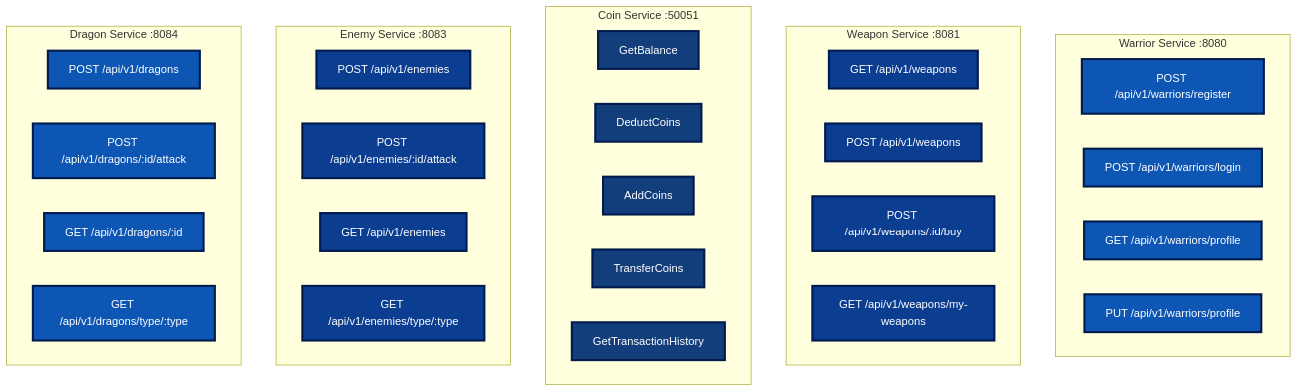
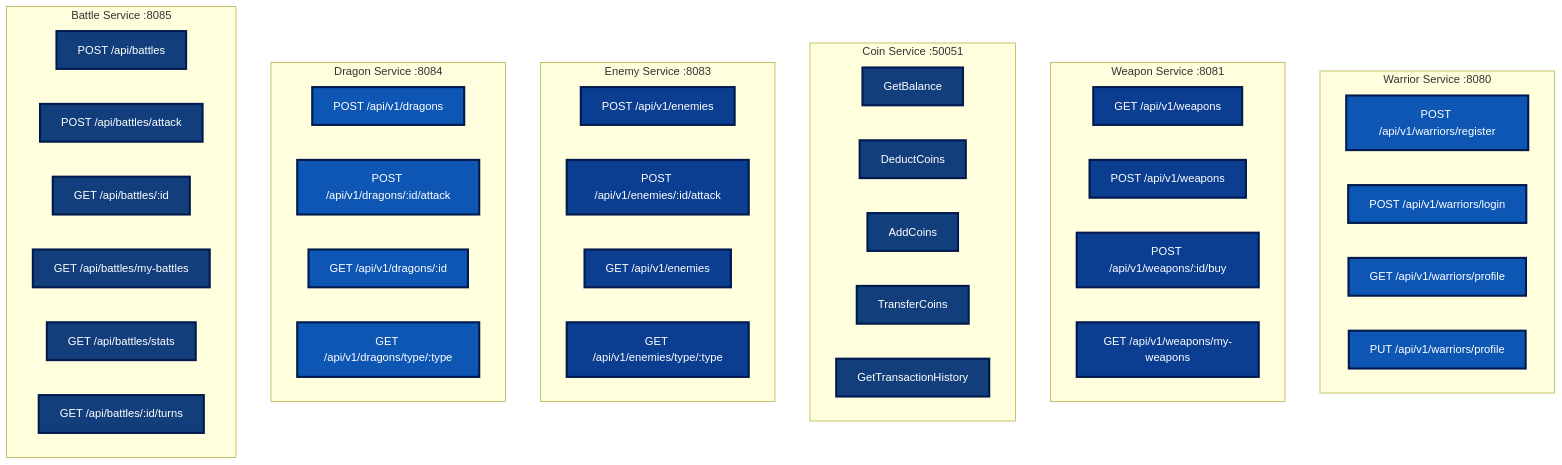
Before and after one commit to tiraten-bot/network-sec-micro: diagram 11 of 12 in README.md, drawn with Mermaid.

Commit message:
Update README to enhance Battle Service section with additional endpoints and styling for improved clarity.

````diff
--- a/README.md
+++ b/README.md
@@ -530,60 +530,75 @@
 ```mermaid
 graph TB
     subgraph "Warrior Service :8080"
         W1[POST /api/v1/warriors/register]
         W2[POST /api/v1/warriors/login]
         W3[GET /api/v1/warriors/profile]
         W4[PUT /api/v1/warriors/profile]
     end
     
     subgraph "Weapon Service :8081"
         WP1[GET /api/v1/weapons]
         WP2[POST /api/v1/weapons]
         WP3[POST /api/v1/weapons/:id/buy]
         WP4[GET /api/v1/weapons/my-weapons]
     end
     
     subgraph "Coin Service :50051"
         C1[GetBalance]
         C2[DeductCoins]
         C3[AddCoins]
         C4[TransferCoins]
         C5[GetTransactionHistory]
     end
     
     subgraph "Enemy Service :8083"
         E1[POST /api/v1/enemies]
         E2[POST /api/v1/enemies/:id/attack]
         E3[GET /api/v1/enemies]
         E4[GET /api/v1/enemies/type/:type]
     end
     
     subgraph "Dragon Service :8084"
         D1[POST /api/v1/dragons]
         D2[POST /api/v1/dragons/:id/attack]
         D3[GET /api/v1/dragons/:id]
         D4[GET /api/v1/dragons/type/:type]
     end
     
+    subgraph "Battle Service :8085"
+        B1[POST /api/battles]
+        B2[POST /api/battles/attack]
+        B3[GET /api/battles/:id]
+        B4[GET /api/battles/my-battles]
+        B5[GET /api/battles/stats]
+        B6[GET /api/battles/:id/turns]
+    end
+    
     style W1 fill:#0d56b3,stroke:#001a4d,stroke-width:3px,color:#ffffff
     style W2 fill:#0d56b3,stroke:#001a4d,stroke-width:3px,color:#ffffff
     style W3 fill:#0d56b3,stroke:#001a4d,stroke-width:3px,color:#ffffff
     style W4 fill:#0d56b3,stroke:#001a4d,stroke-width:3px,color:#ffffff
     style WP1 fill:#0b3d91,stroke:#001a4d,stroke-width:3px,color:#ffffff
     style WP2 fill:#0b3d91,stroke:#001a4d,stroke-width:3px,color:#ffffff
     style WP3 fill:#0b3d91,stroke:#001a4d,stroke-width:3px,color:#ffffff
     style WP4 fill:#0b3d91,stroke:#001a4d,stroke-width:3px,color:#ffffff
     style C1 fill:#133e7c,stroke:#001a4d,stroke-width:3px,color:#ffffff
     style C2 fill:#133e7c,stroke:#001a4d,stroke-width:3px,color:#ffffff
     style C3 fill:#133e7c,stroke:#001a4d,stroke-width:3px,color:#ffffff
     style C4 fill:#133e7c,stroke:#001a4d,stroke-width:3px,color:#ffffff
     style C5 fill:#133e7c,stroke:#001a4d,stroke-width:3px,color:#ffffff
     style E1 fill:#0b3d91,stroke:#001a4d,stroke-width:3px,color:#ffffff
     style E2 fill:#0b3d91,stroke:#001a4d,stroke-width:3px,color:#ffffff
     style E3 fill:#0b3d91,stroke:#001a4d,stroke-width:3px,color:#ffffff
     style E4 fill:#0b3d91,stroke:#001a4d,stroke-width:3px,color:#ffffff
     style D1 fill:#0d56b3,stroke:#001a4d,stroke-width:3px,color:#ffffff
     style D2 fill:#0d56b3,stroke:#001a4d,stroke-width:3px,color:#ffffff
     style D3 fill:#0d56b3,stroke:#001a4d,stroke-width:3px,color:#ffffff
     style D4 fill:#0d56b3,stroke:#001a4d,stroke-width:3px,color:#ffffff
+    style B1 fill:#133e7c,stroke:#001a4d,stroke-width:3px,color:#ffffff
+    style B2 fill:#133e7c,stroke:#001a4d,stroke-width:3px,color:#ffffff
+    style B3 fill:#133e7c,stroke:#001a4d,stroke-width:3px,color:#ffffff
+    style B4 fill:#133e7c,stroke:#001a4d,stroke-width:3px,color:#ffffff
+    style B5 fill:#133e7c,stroke:#001a4d,stroke-width:3px,color:#ffffff
+    style B6 fill:#133e7c,stroke:#001a4d,stroke-width:3px,color:#ffffff
 ```
````
